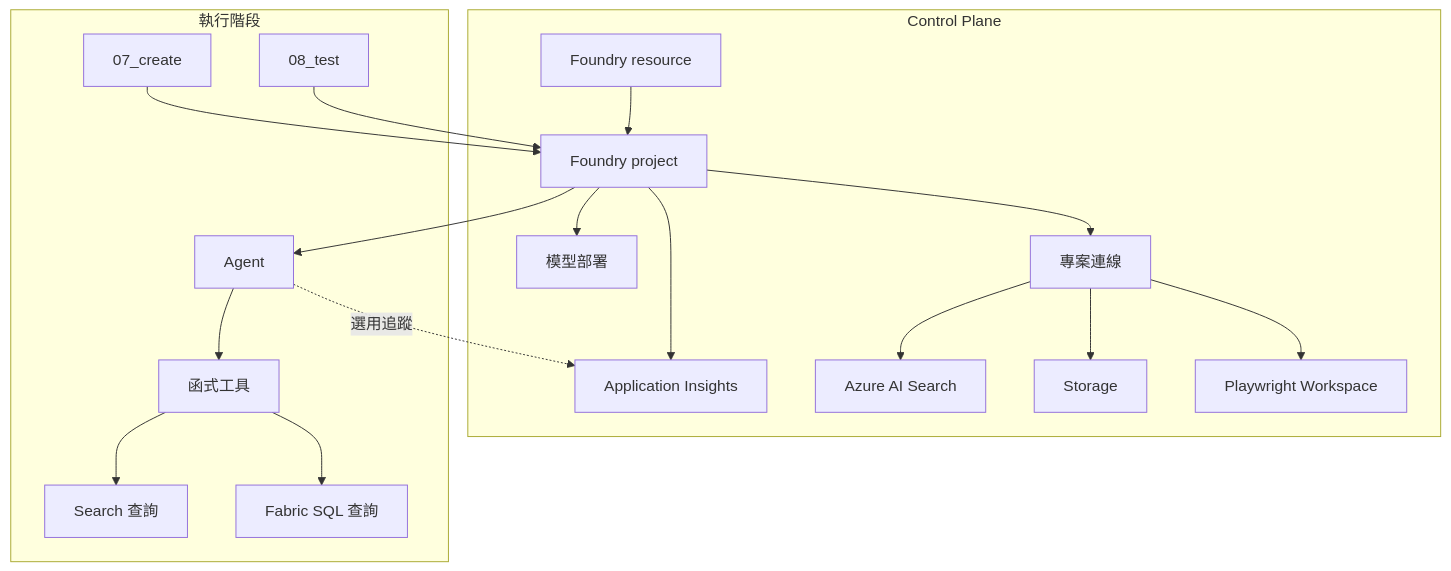
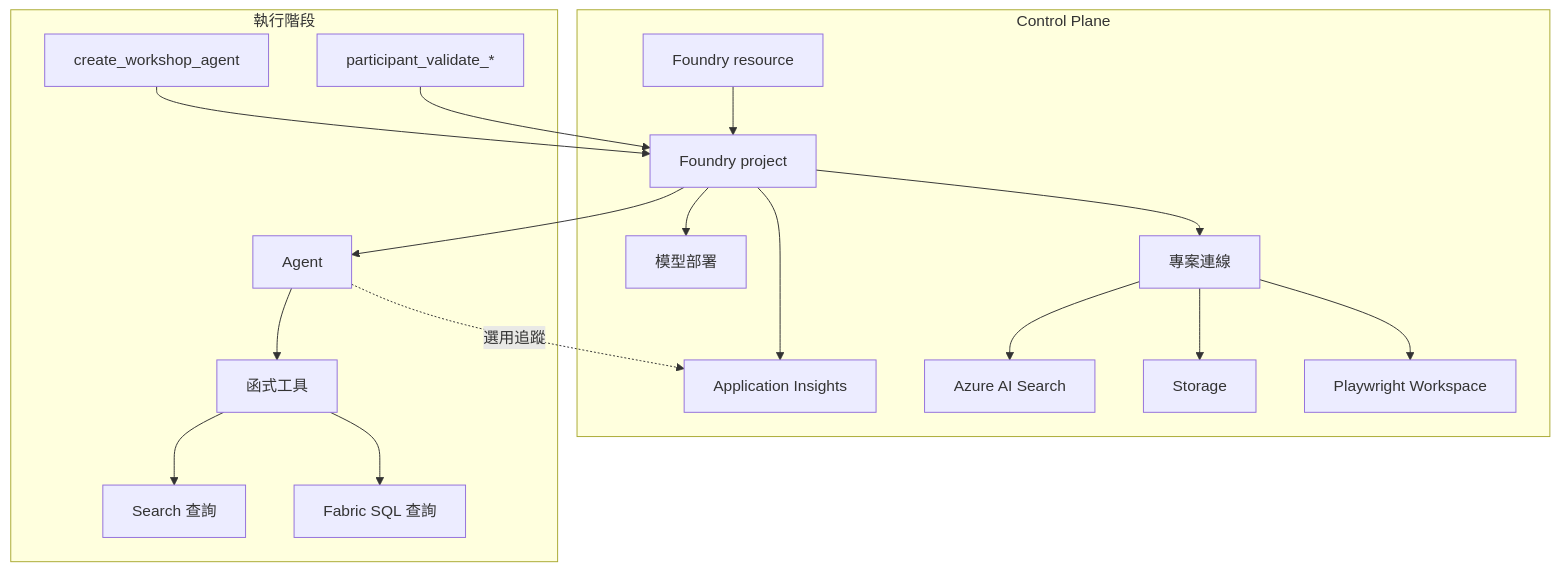
One commit to payton-chou-ms/e2e-ms-foundry-workshop changed the diagram in workshop/docs/03-understand/04-control-plane.md. Above: the diagram before and after it, drawn with Mermaid. The commit also changed other lines of this file and 74 other files, not shown here.

````diff
--- a/workshop/docs/03-understand/04-control-plane.md
+++ b/workshop/docs/03-understand/04-control-plane.md
@@ -40,35 +40,35 @@
 ```mermaid
 flowchart TB
     subgraph ControlPlane[Control Plane]
         A[Foundry resource]
         B[Foundry project]
         C[模型部署]
         D[專案連線]
         E[Application Insights]
         F[Azure AI Search]
         G[Storage]
         N[Playwright Workspace]
     end
 
     subgraph Runtime[執行階段]
-        H[07_create]
-        I[08_test]
+        H[create_workshop_agent]
+        I[participant_validate_*]
         J[Agent]
         K[函式工具]
         L[Search 查詢]
         M[Fabric SQL 查詢]
     end
 
     A --> B --> C
     B --> D
     B --> E
     D --> F
     D --> G
     D --> N
     H --> B
     I --> B
     B --> J --> K
     K --> L
     K --> M
     J -. 選用追蹤 .-> E
 ```
````
